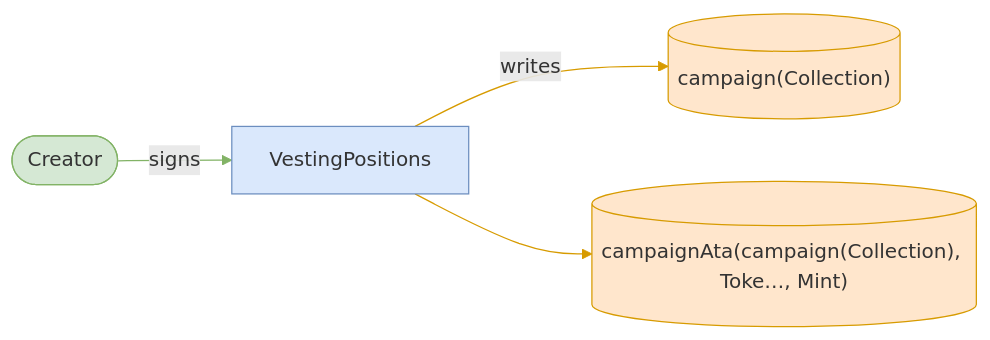
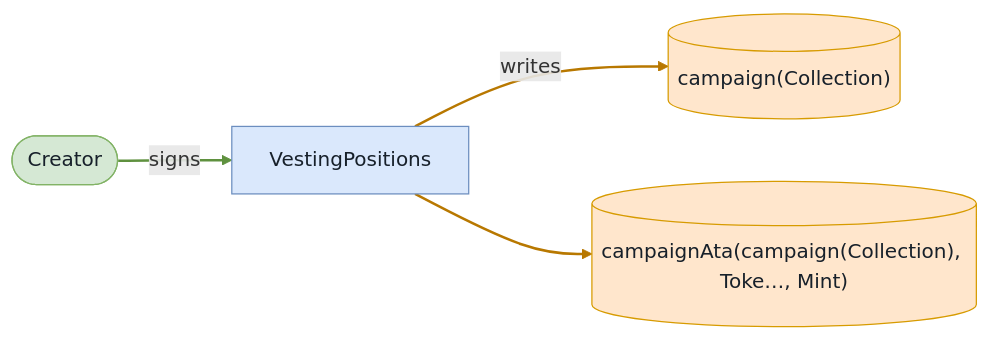
Before and after one commit to cds-turbin3/vesting-position: the fifth of 6 diagrams in babelfish-tests/test-report/close_campaign_fails_when_vault_not_empty.md, drawn with Mermaid. The commit also changed other lines of this file and 106 other files, not shown here.

````diff
--- a/babelfish-tests/test-report/close_campaign_fails_when_vault_not_empty.md
+++ b/babelfish-tests/test-report/close_campaign_fails_when_vault_not_empty.md
@@ -215,15 +214,15 @@
 ```mermaid
 flowchart LR
     VestingPositions["VestingPositions"]:::program
     Creator(["Creator"]):::signer
     campaignCollection[("campaign(Collection)")]:::state
     campaignAtacampaignCollectionTokeMint[("campaignAta(campaign(Collection), Toke…, Mint)")]:::state
     Creator -->|signs| VestingPositions
     VestingPositions -->|writes| campaignCollection
     VestingPositions --> campaignAtacampaignCollectionTokeMint
-    classDef program fill:#dae8fc,stroke:#6c8ebf;
-    classDef signer fill:#d5e8d4,stroke:#82b366;
-    classDef state fill:#ffe6cc,stroke:#d79b00;
-    linkStyle 0 stroke:#82b366
-    linkStyle 1,2 stroke:#d79b00
+    classDef program fill:#dae8fc,stroke:#6c8ebf,color:#17202a;
+    classDef signer fill:#d5e8d4,stroke:#82b366,color:#17202a;
+    classDef state fill:#ffe6cc,stroke:#d79b00,color:#17202a;
+    linkStyle 0 stroke:#5f913f,stroke-width:2px
+    linkStyle 1,2 stroke:#b87800,stroke-width:2px
 ```
````
